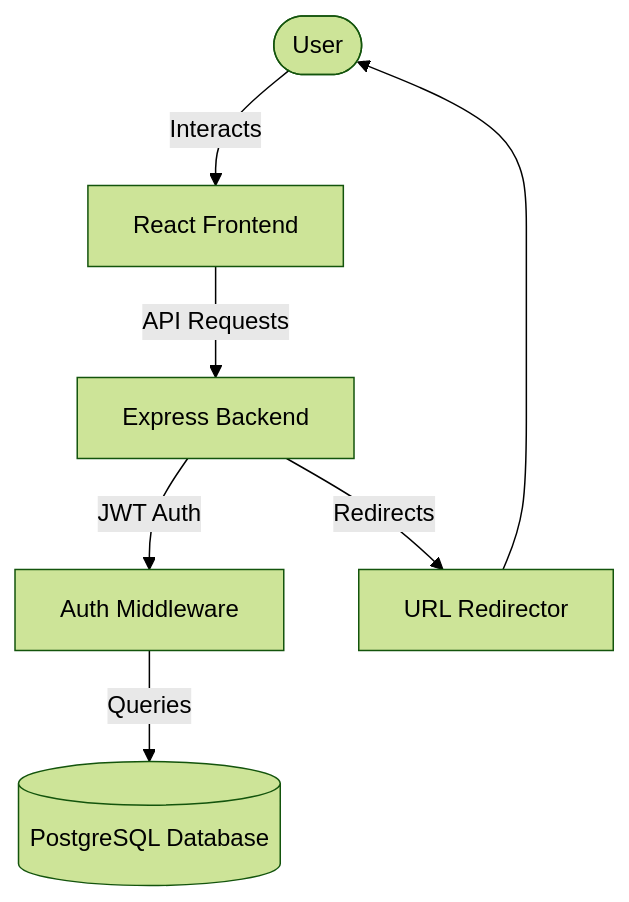
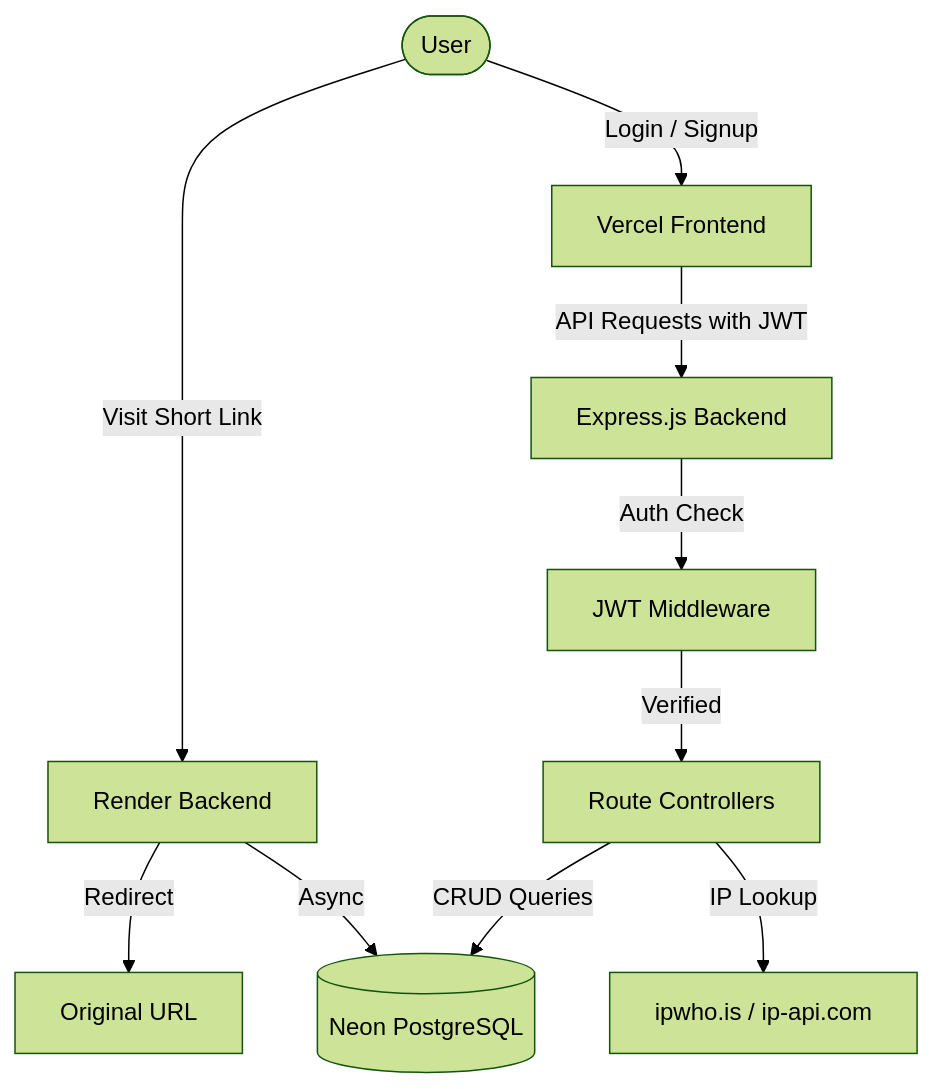
The diagram in README.md (Samantha171/shortify), drawn with Mermaid (forest theme) before and after one commit. The commit also changed other lines of this file, not shown here.

````diff
--- a/README.md
+++ b/README.md
@@ -7,9 +16,12 @@
 ```mermaid
 graph TD
-    User([User]) -->|Interacts| Frontend[React Frontend]
-    Frontend -->|API Requests| Backend[Express Backend]
-    Backend -->|JWT Auth| Middleware[Auth Middleware]
-    Middleware -->|Queries| DB[(PostgreSQL Database)]
-    Backend -->|Redirects| Redirect[URL Redirector]
-    Redirect --> User
+    User([User]) -->|Visit Short Link| Render[Render Backend]
+    User -->|Login / Signup| Frontend[Vercel Frontend]
+    Frontend -->|API Requests with JWT| Backend[Express.js Backend]
+    Backend -->|Auth Check| Middleware[JWT Middleware]
+    Middleware -->|Verified| Controllers[Route Controllers]
+    Controllers -->|CRUD Queries| DB[(Neon PostgreSQL)]
+    Controllers -->|IP Lookup| GeoAPI[ipwho.is / ip-api.com]
+    Render -->|Redirect| OriginalURL[Original URL]
+    Render -->|Async| DB
 ```
````
